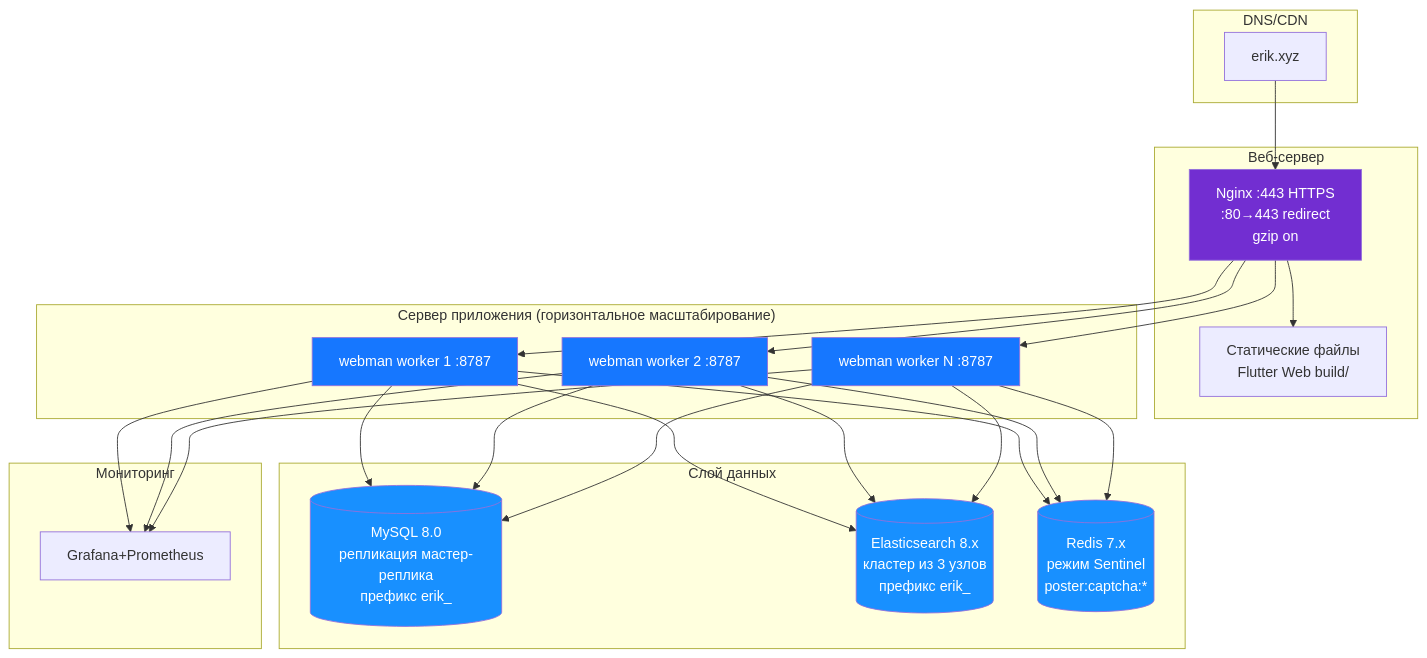
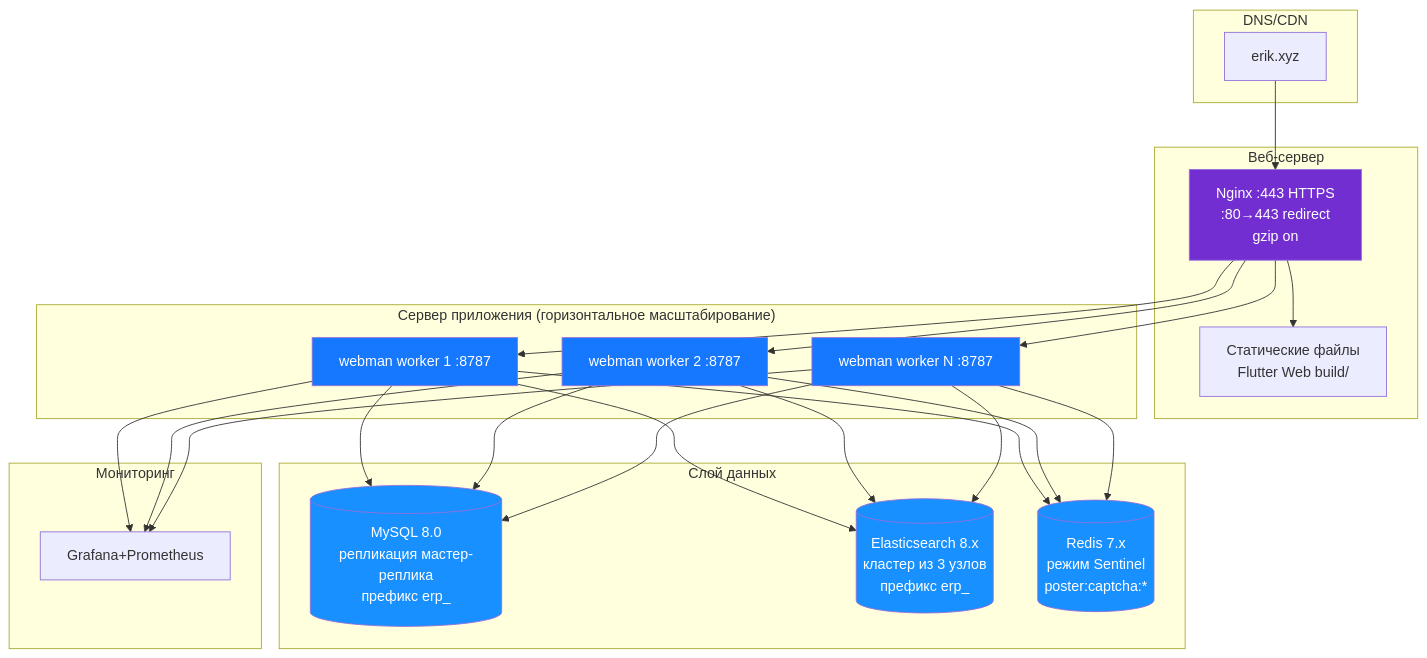
Before and after one commit to erikwang2013/erp-php: the diagram in docs/i18n/ru/diagrams/12-deployment.md, drawn with Mermaid. The commit also changed 449 other files, not shown here.

First line of the commit message:
全局命名统一：数据库 erp、表前缀 erp_、Redis 前缀 erp:（原 erik_/open_admin）

````diff
--- a/docs/i18n/ru/diagrams/12-deployment.md
+++ b/docs/i18n/ru/diagrams/12-deployment.md
@@ -3,45 +3,45 @@
 ```mermaid
 flowchart TB
     subgraph dns["DNS/CDN"]
         domain["erik.xyz"]
     end
 
     subgraph web["Веб-сервер"]
         nginx["Nginx :443 HTTPS<br/>:80→443 redirect<br/>gzip on"]
         static["Статические файлы<br/>Flutter Web build/"]
     end
 
     subgraph app["Сервер приложения (горизонтальное масштабирование)"]
         wm1["webman worker 1 :8787"]
         wm2["webman worker 2 :8787"]
         wm3["webman worker N :8787"]
     end
 
     subgraph data["Слой данных"]
-        mysql[("MySQL 8.0<br/>репликация мастер-реплика<br/>префикс erik_")]
-        es[("Elasticsearch 8.x<br/>кластер из 3 узлов<br/>префикс erik_")]
+        mysql[("MySQL 8.0<br/>репликация мастер-реплика<br/>префикс erp_")]
+        es[("Elasticsearch 8.x<br/>кластер из 3 узлов<br/>префикс erp_")]
         redis[("Redis 7.x<br/>режим Sentinel<br/>poster:captcha:*")]
     end
 
     subgraph monitor["Мониторинг"]
         grafana["Grafana+Prometheus"]
     end
 
     domain --> nginx
     nginx --> static
     nginx --> wm1
     nginx --> wm2
     nginx --> wm3
     wm1 & wm2 & wm3 --> mysql
     wm1 & wm2 & wm3 --> es
     wm1 & wm2 & wm3 --> redis
     wm1 & wm2 & wm3 --> grafana
 
     style nginx fill:#722ED1,color:#fff
     style wm1 fill:#1677FF,color:#fff
     style wm2 fill:#1677FF,color:#fff
     style wm3 fill:#1677FF,color:#fff
     style mysql fill:#1890FF,color:#fff
     style es fill:#1890FF,color:#fff
     style redis fill:#1890FF,color:#fff
 ```
````
